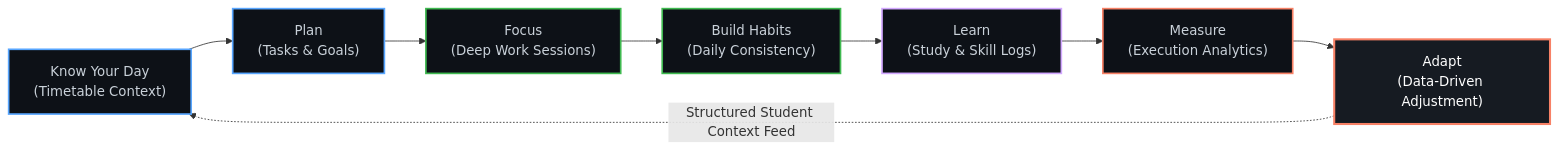
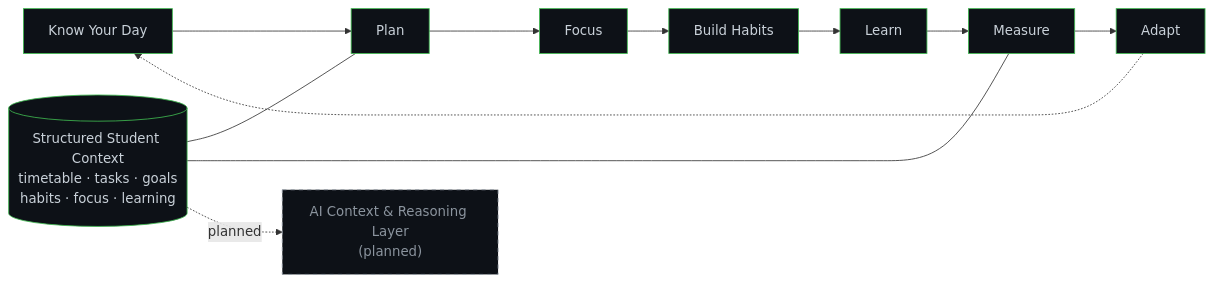
Before and after one commit to kunalchwdry/kunalchwdry: the seventh of 11 diagrams in README.md, drawn with Mermaid. The commit also changed other lines of this file, not shown here.

````diff
--- a/README.md
+++ b/README.md
@@ -383,18 +319,22 @@
 ```mermaid
 flowchart LR
-    K["Know Your Day<br/>(Timetable Context)"] --> P["Plan<br/>(Tasks & Goals)"]
-    P --> F["Focus<br/>(Deep Work Sessions)"]
-    F --> H["Build Habits<br/>(Daily Consistency)"]
-    H --> L["Learn<br/>(Study & Skill Logs)"]
-    L --> M["Measure<br/>(Execution Analytics)"]
-    M --> A["Adapt<br/>(Data-Driven Adjustment)"]
-    A -.->|"Structured Student Context Feed"| K
+    K["Know Your Day"] --> PL["Plan"]
+    PL --> F["Focus"]
+    F --> H["Build Habits"]
+    H --> L["Learn"]
+    L --> M["Measure"]
+    M --> AD["Adapt"]
+    AD -.-> K
 
-    style K fill:#0D1117,stroke:#58A6FF,stroke-width:2px,color:#C9D1D9
-    style P fill:#0D1117,stroke:#58A6FF,stroke-width:2px,color:#C9D1D9
-    style F fill:#0D1117,stroke:#3FB950,stroke-width:2px,color:#C9D1D9
-    style H fill:#0D1117,stroke:#3FB950,stroke-width:2px,color:#C9D1D9
-    style L fill:#0D1117,stroke:#D2A8FF,stroke-width:2px,color:#C9D1D9
-    style M fill:#0D1117,stroke:#F78166,stroke-width:2px,color:#C9D1D9
-    style A fill:#161B22,stroke:#F78166,stroke-width:2.5px,color:#FFFFFF
+    CTX[("Structured Student Context<br/>timetable · tasks · goals<br/>habits · focus · learning")]
+    CTX --- PL
+    CTX --- M
+
+    AI["AI Context & Reasoning Layer<br/>(planned)"]
+    CTX -. planned .-> AI
+
+    classDef built fill:#0d1117,stroke:#3fb950,color:#c9d1d9;
+    classDef planned fill:#0d1117,stroke:#8b949e,color:#8b949e,stroke-dasharray: 5 5;
+    class K,PL,F,H,L,M,AD,CTX built;
+    class AI planned;
 ```
````
